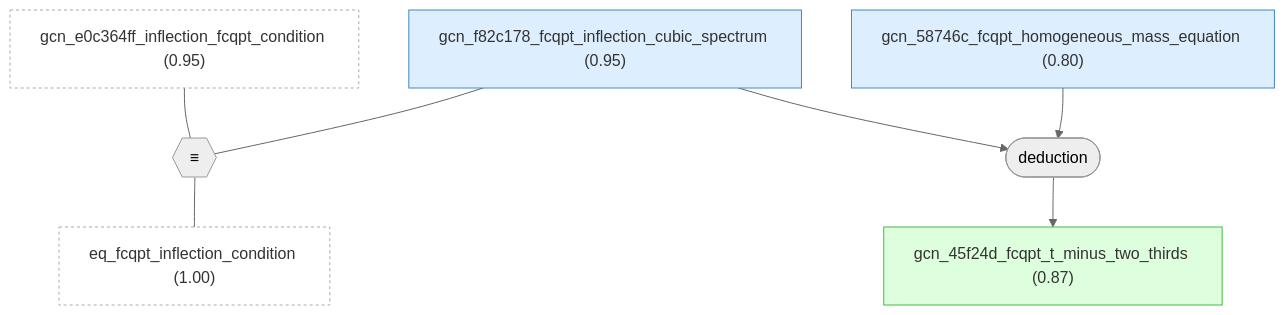
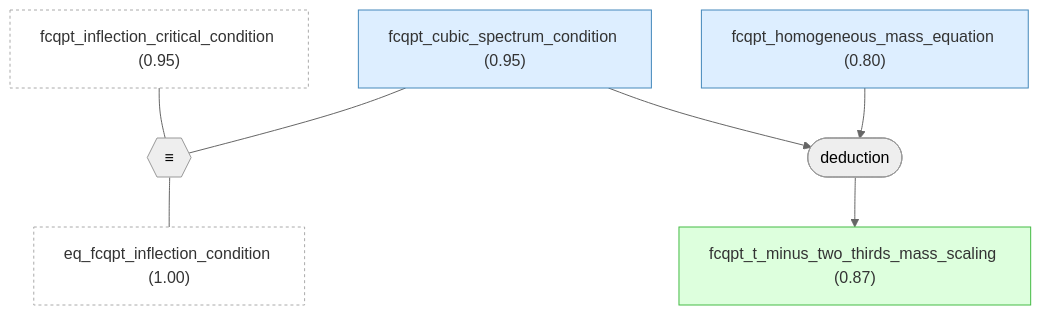
One commit to Callo42/fermi-liquid-effective-mass-gaia changed the second of 13 diagrams in docs/detailed-reasoning.md. Above: the diagram before and after it, drawn with Mermaid (neutral theme). The commit also changed other lines of this file and 33 other files, not shown here.

````diff
--- a/docs/detailed-reasoning.md
+++ b/docs/detailed-reasoning.md
@@ -358,26 +358,26 @@
 ```mermaid
 graph TD
-    gcn_e0c364ff_inflection_fcqpt_condition["gcn_e0c364ff_inflection_fcqpt_condition (0.95)"]:::external
-    gcn_f82c178_fcqpt_inflection_cubic_spectrum["gcn_f82c178_fcqpt_inflection_cubic_spectrum (0.95)"]:::premise
-    gcn_58746c_fcqpt_homogeneous_mass_equation["gcn_58746c_fcqpt_homogeneous_mass_equation (0.80)"]:::premise
-    gcn_45f24d_fcqpt_t_minus_two_thirds["gcn_45f24d_fcqpt_t_minus_two_thirds (0.87)"]:::derived
+    fcqpt_inflection_critical_condition["fcqpt_inflection_critical_condition (0.95)"]:::external
+    fcqpt_cubic_spectrum_condition["fcqpt_cubic_spectrum_condition (0.95)"]:::premise
+    fcqpt_homogeneous_mass_equation["fcqpt_homogeneous_mass_equation (0.80)"]:::premise
+    fcqpt_t_minus_two_thirds_mass_scaling["fcqpt_t_minus_two_thirds_mass_scaling (0.87)"]:::derived
     eq_fcqpt_inflection_condition["eq_fcqpt_inflection_condition (1.00)"]:::external
     strat_1(["deduction"])
-    gcn_f82c178_fcqpt_inflection_cubic_spectrum --> strat_1
-    gcn_58746c_fcqpt_homogeneous_mass_equation --> strat_1
-    strat_1 --> gcn_45f24d_fcqpt_t_minus_two_thirds
+    fcqpt_cubic_spectrum_condition --> strat_1
+    fcqpt_homogeneous_mass_equation --> strat_1
+    strat_1 --> fcqpt_t_minus_two_thirds_mass_scaling
     oper_0{{"≡"}}
-    gcn_e0c364ff_inflection_fcqpt_condition --- oper_0
-    gcn_f82c178_fcqpt_inflection_cubic_spectrum --- oper_0
+    fcqpt_inflection_critical_condition --- oper_0
+    fcqpt_cubic_spectrum_condition --- oper_0
     oper_0 --- eq_fcqpt_inflection_condition
 
     classDef setting fill:#f0f0f0,stroke:#999,color:#333
     classDef premise fill:#ddeeff,stroke:#4488bb,color:#333
     classDef derived fill:#ddffdd,stroke:#44bb44,color:#333
     classDef question fill:#fff3dd,stroke:#cc9944,color:#333
     classDef background fill:#f5f5f5,stroke:#bbb,stroke-dasharray: 5 5,color:#333
     classDef orphan fill:#fff,stroke:#ccc,stroke-dasharray: 5 5,color:#333
     classDef external fill:#fff,stroke:#aaa,stroke-dasharray: 3 3,color:#333
     classDef weak fill:#fff9c4,stroke:#f9a825,stroke-dasharray: 5 5,color:#333
     classDef contra fill:#ffebee,stroke:#c62828,color:#333
 ```
````
